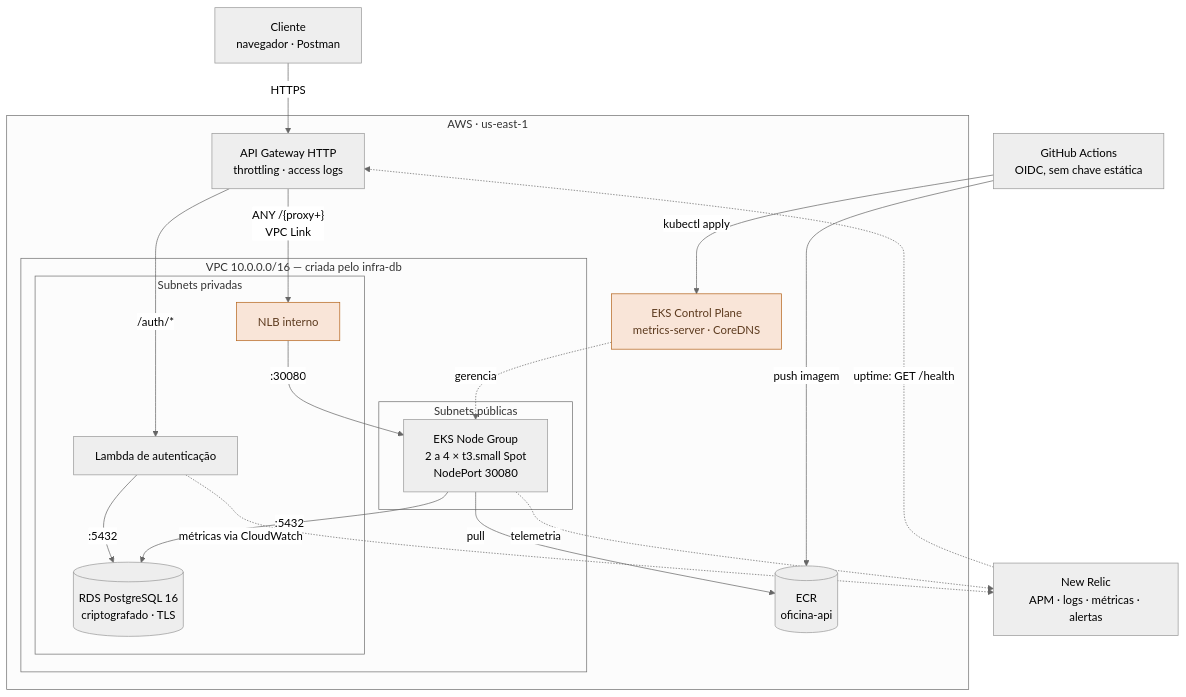
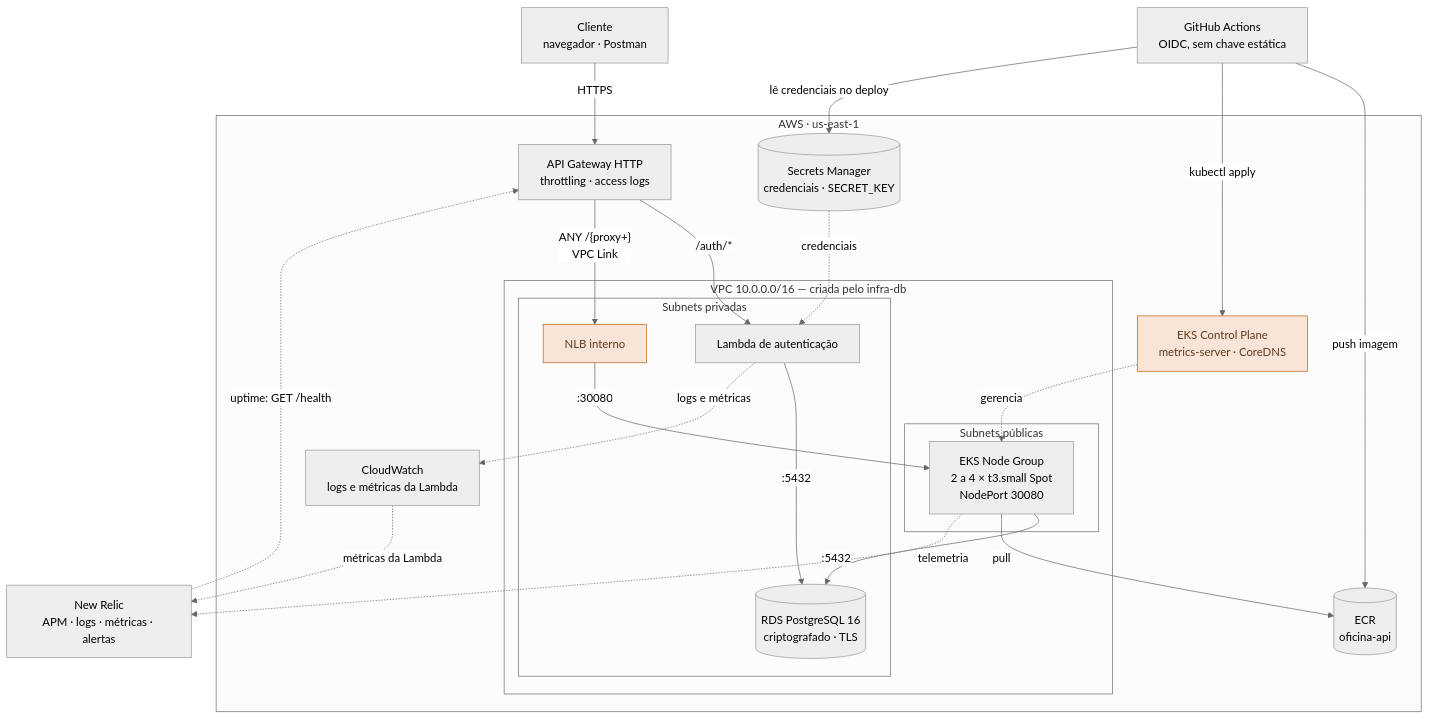
The first of 2 diagrams in README.md (pesant0s/tech-challenge-infra-k8s), drawn with Mermaid (neutral theme) before and after one commit. The commit also changed other lines of this file and 1 other file, not shown here.

Commit message:
docs: RFC-001, diagrama de componentes completo e ADRs revisados

````diff
--- a/README.md
+++ b/README.md
@@ -28,43 +51,48 @@
 ```mermaid
 flowchart TB
     cliente["Cliente<br/>navegador · Postman"]
 
     subgraph aws["AWS · us-east-1"]
         apigw["API Gateway HTTP<br/>throttling · access logs"]
 
         subgraph vpc["VPC 10.0.0.0/16 — criada pelo infra-db"]
             subgraph publicas["Subnets públicas"]
                 nodes["EKS Node Group<br/>2 a 4 × t3.small Spot<br/>NodePort 30080"]
             end
 
             subgraph privadas["Subnets privadas"]
                 nlb["NLB interno"]
                 rds[("RDS PostgreSQL 16<br/>criptografado · TLS")]
                 lambda["Lambda de autenticação"]
             end
         end
 
         ecr[("ECR<br/>oficina-api")]
         eks["EKS Control Plane<br/>metrics-server · CoreDNS"]
+        sm[("Secrets Manager<br/>credenciais · SECRET_KEY")]
+        cw["CloudWatch<br/>logs e métricas da Lambda"]
     end
 
     nr["New Relic<br/>APM · logs · métricas · alertas"]
     gh["GitHub Actions<br/>OIDC, sem chave estática"]
 
     cliente -->|HTTPS| apigw
     apigw -->|"/auth/*"| lambda
     apigw -->|"ANY /{proxy+}<br/>VPC Link"| nlb
     nlb -->|":30080"| nodes
     nodes -->|":5432"| rds
     lambda -->|":5432"| rds
     eks -.->|gerencia| nodes
     nodes -->|pull| ecr
     gh -->|push imagem| ecr
     gh -->|kubectl apply| eks
     nodes -.->|telemetria| nr
-    lambda -.->|métricas via CloudWatch| nr
+    lambda -.->|logs e métricas| cw
+    cw -.->|métricas da Lambda| nr
+    sm -.->|credenciais| lambda
+    gh -->|lê credenciais no deploy| sm
     nr -.->|uptime: GET /health| apigw
 
     classDef custo fill:#f9e5d8,stroke:#b5651d,color:#5c3a1e
     class eks,nlb custo
 ```
````
